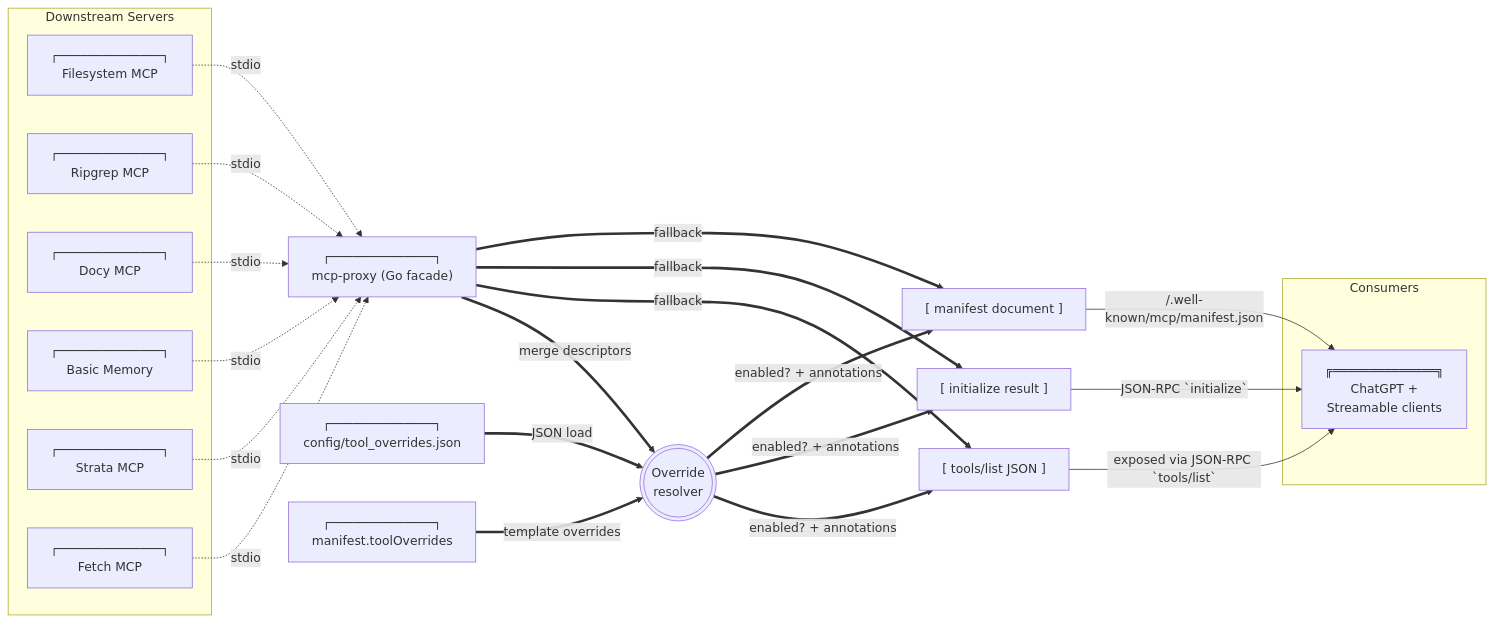
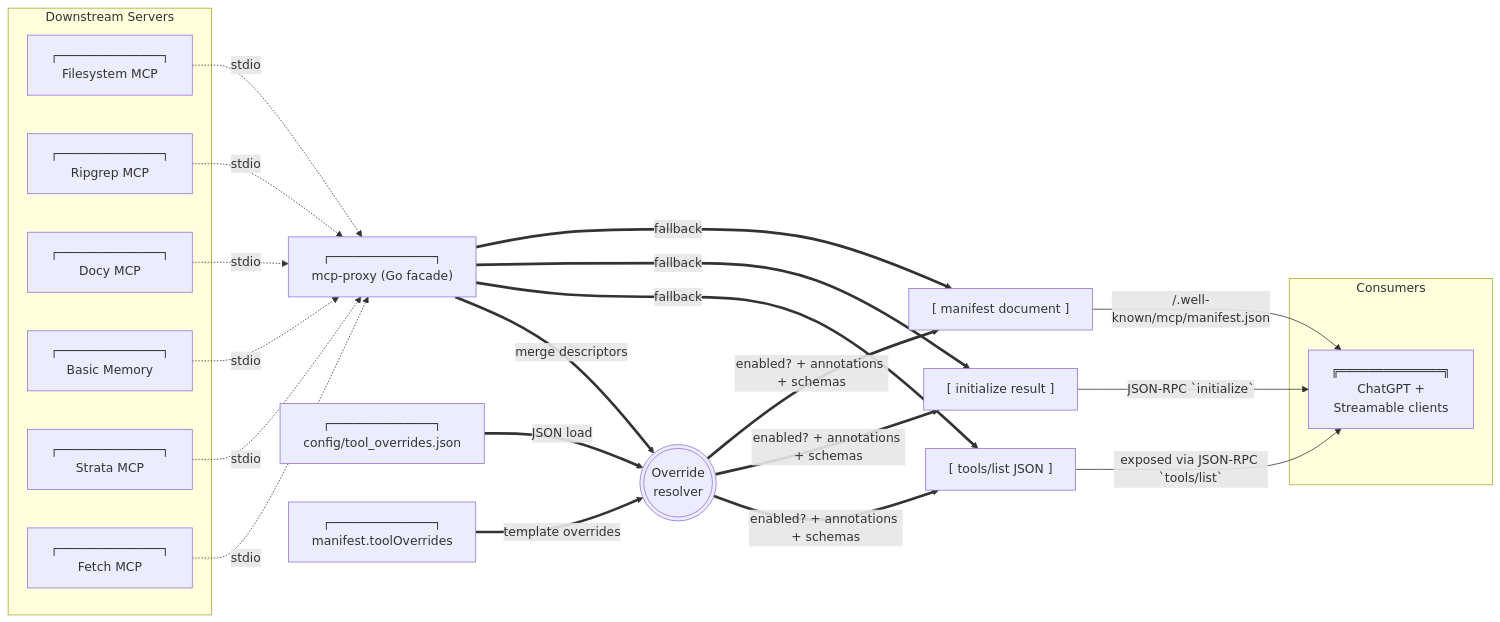
One commit to Dub1n/stelae changed the first of 3 diagrams in docs/ARCHITECTURE.md. Above: the diagram before and after it, drawn with Mermaid. The commit also changed other lines of this file and 6 other files, not shown here.

Commit message:
feat: add automatic MCP schema shim

````diff
--- a/docs/ARCHITECTURE.md
+++ b/docs/ARCHITECTURE.md
@@ -20,47 +20,47 @@
 ```mermaid
 flowchart LR
     subgraph Downstream Servers
         FS["┌──────────────┐<br>Filesystem MCP"]
         RG["┌──────────────┐<br>Ripgrep MCP"]
         DOCS["┌──────────────┐<br>Docy MCP"]
         MEM["┌──────────────┐<br>Basic Memory"]
         STRATA["┌──────────────┐<br>Strata MCP"]
         FETCH["┌──────────────┐<br>Fetch MCP"]
     end
 
     FS -. stdio .-> PROXY
     RG -. stdio .-> PROXY
     DOCS -. stdio .-> PROXY
     MEM -. stdio .-> PROXY
     STRATA -. stdio .-> PROXY
     FETCH -. stdio .-> PROXY
 
     TOOLJSON["[ tools/list JSON ]"]
     INITJSON["[ initialize result ]"]
     MANIFEST["[ manifest document ]"]
 
     TO_CFG["┌──────────────┐<br>config/tool_overrides.json"]
     MAN_CFG["┌──────────────┐<br>manifest.toolOverrides"]
     toSet(((Override<br>resolver)))
 
     PROXY["┌──────────────┐<br>mcp-proxy (Go facade)"]
     TO_CFG ==>|JSON load| toSet
     MAN_CFG ==>|template overrides| toSet
 
     PROXY ==> |merge descriptors| toSet
-    toSet ==>|enabled? + annotations| TOOLJSON
-    toSet ==>|enabled? + annotations| INITJSON
-    toSet ==>|enabled? + annotations| MANIFEST
+    toSet ==>|enabled? + annotations + schemas| TOOLJSON
+    toSet ==>|enabled? + annotations + schemas| INITJSON
+    toSet ==>|enabled? + annotations + schemas| MANIFEST
 
     PROXY ==> |fallback| TOOLJSON
     PROXY ==> |fallback| INITJSON
     PROXY ==> |fallback| MANIFEST
 
     TOOLJSON -->|exposed via JSON-RPC `tools/list`| CLIENTS
     INITJSON -->|JSON-RPC `initialize`| CLIENTS
     MANIFEST -->|/.well-known/mcp/manifest.json| CLIENTS
 
     subgraph Consumers
         CLIENTS["╔══════════════╗<br>ChatGPT +<br>Streamable clients"]
     end
 ```
````
